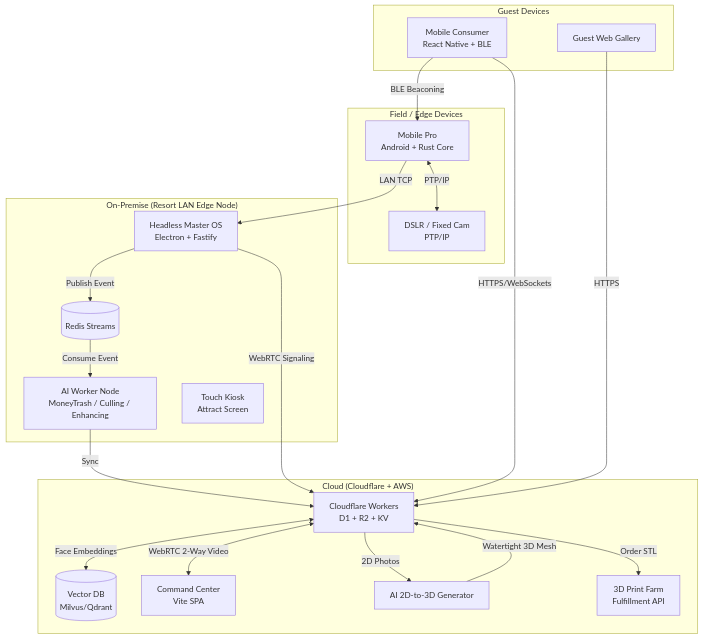
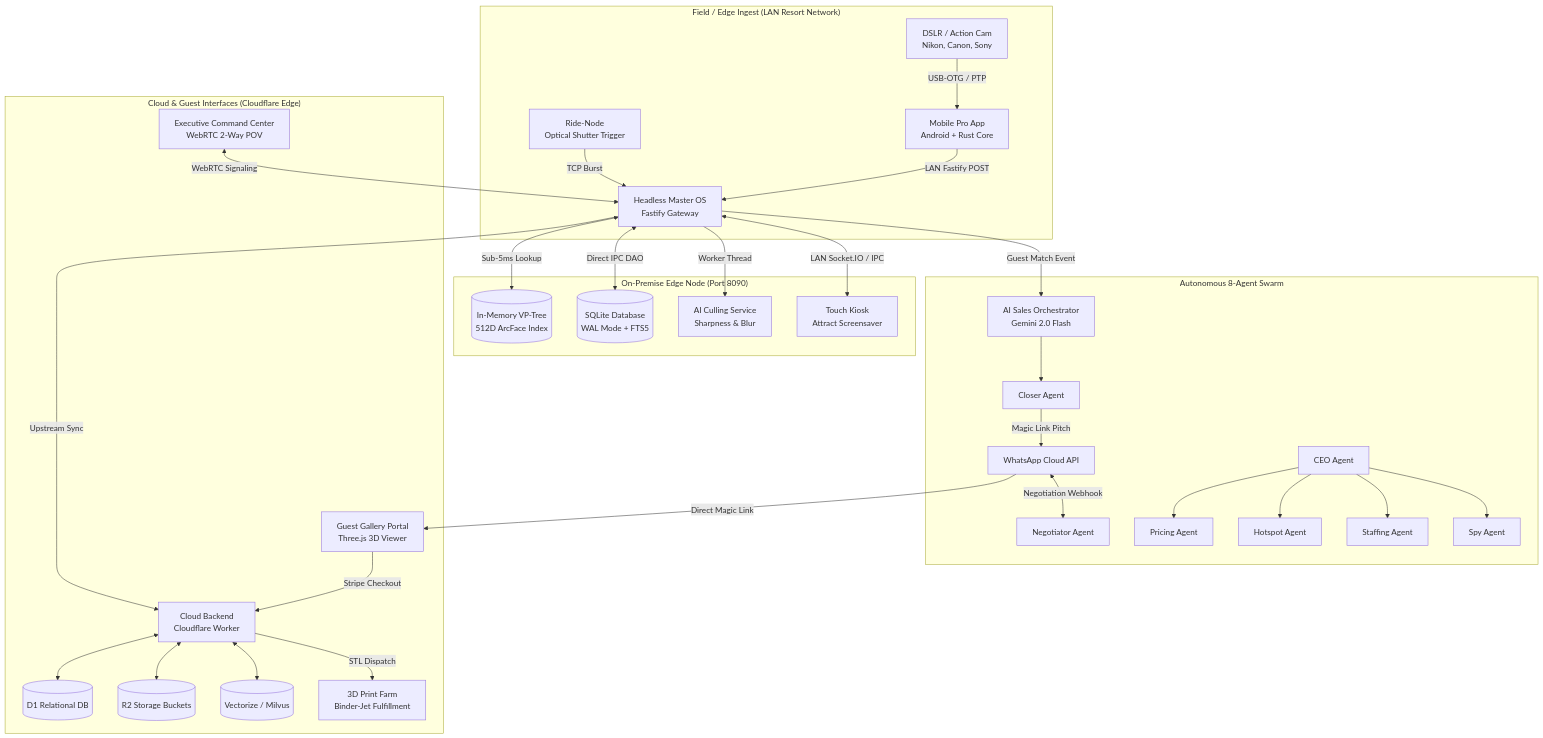
One commit to clickflashoffice-spec/ClickFlash changed the diagram in ARCHITECTURE.md. Above: the diagram before and after it, drawn with Mermaid. The commit also changed other lines of this file and 733 other files, not shown here.

````diff
--- a/ARCHITECTURE.md
+++ b/ARCHITECTURE.md
@@ -19,42 +63,58 @@
 ```mermaid
 graph TB
-    subgraph "Field / Edge Devices"
-        MP[Mobile Pro\nAndroid + Rust Core]
-        CAM[DSLR / Fixed Cam\nPTP/IP]
-        MP <-->|PTP/IP| CAM
+    subgraph "Field / Edge Ingest (LAN Resort Network)"
+        CAM[DSLR / Action Cam\nNikon, Canon, Sony]
+        MP[Mobile Pro App\nAndroid + Rust Core]
+        RIDE[Ride-Node\nOptical Shutter Trigger]
+        CAM -->|USB-OTG / PTP| MP
+        RIDE -->|TCP Burst| MASTER
+        MP -->|LAN Fastify POST| MASTER
     end
 
-    subgraph "On-Premise (Resort LAN Edge Node)"
-        MASTER[Headless Master OS\nElectron + Fastify]
-        REDIS[(Redis Streams)]
-        MT[AI Worker Node\nMoneyTrash / Culling / Enhancing]
-        K[Touch Kiosk\nAttract Screen]
+    subgraph "On-Premise Edge Node (Port 8090)"
+        MASTER[Headless Master OS\nFastify Gateway]
+        VPTREE[(In-Memory VP-Tree\n512D ArcFace Index)]
+        SQLITE[(SQLite Database\nWAL Mode + FTS5)]
+        CULL[AI Culling Service\nSharpness & Blur]
+        KIOSK[Touch Kiosk\nAttract Screensaver]
+
+        MASTER <-->|Sub-5ms Lookup| VPTREE
+        MASTER <-->|Direct IPC DAO| SQLITE
+        MASTER -->|Worker Thread| CULL
+        MASTER <-->|LAN Socket.IO / IPC| KIOSK
     end
 
-    subgraph "Guest Devices"
-        MC[Mobile Consumer\nReact Native + BLE]
-        BROWSER[Guest Web Gallery]
+    subgraph "Autonomous 8-Agent Swarm"
+        SWARM[AI Sales Orchestrator\nGemini 2.0 Flash]
+        CEO[CEO Agent]
+        CLOSER[Closer Agent]
+        NEGOTIATOR[Negotiator Agent]
+        PRICING[Pricing Agent]
+        HOTSPOT[Hotspot Agent]
+        STAFFING[Staffing Agent]
+        SPY[Spy Agent]
+
+        MASTER -->|Guest Match Event| SWARM
+        SWARM --> CLOSER
+        CLOSER -->|Magic Link Pitch| WA_API[WhatsApp Cloud API]
+        WA_API <-->|Negotiation Webhook| NEGOTIATOR
+        CEO --> PRICING & HOTSPOT & STAFFING & SPY
     end
 
-    subgraph "Cloud (Cloudflare + AWS)"
-        BACKEND[Cloudflare Workers\nD1 + R2 + KV]
-        VECTOR[(Vector DB\nMilvus/Qdrant)]
-        MGMT[Command Center\nVite SPA]
-        3D_AI[AI 2D-to-3D Generator]
-        FARM[3D Print Farm\nFulfillment API]
+    subgraph "Cloud & Guest Interfaces (Cloudflare Edge)"
+        CF[Cloud Backend\nCloudflare Worker]
+        D1[(D1 Relational DB)]
+        R2[(R2 Storage Buckets)]
+        VEC[(Vectorize / Milvus)]
+        GALLERY[Guest Gallery Portal\nThree.js 3D Viewer]
+        MGMT[Executive Command Center\nWebRTC 2-Way POV]
+        FARM[3D Print Farm\nBinder-Jet Fulfillment]
+
+        MASTER -->|Upstream Sync| CF
+        CF <--> D1 & R2 & VEC
+        WA_API -->|Direct Magic Link| GALLERY
+        GALLERY -->|Stripe Checkout| CF
+        CF -->|STL Dispatch| FARM
+        MGMT <-->|WebRTC Signaling| MASTER
     end
-
-    MP -->|LAN TCP| MASTER
-    MASTER -->|Publish Event| REDIS
-    REDIS -->|Consume Event| MT
-    MT -->|Sync| BACKEND
-    MASTER -->|WebRTC Signaling| BACKEND
-    BACKEND <-->|WebRTC 2-Way Video| MGMT
-    BACKEND <-->|Face Embeddings| VECTOR
-    BACKEND -->|2D Photos| 3D_AI
-    3D_AI -->|Watertight 3D Mesh| BACKEND
-    MC -->|BLE Beaconing| MP
-    MC -->|HTTPS/WebSockets| BACKEND
-    BROWSER -->|HTTPS| BACKEND
-    BACKEND -->|Order STL| FARM
 ```
````
